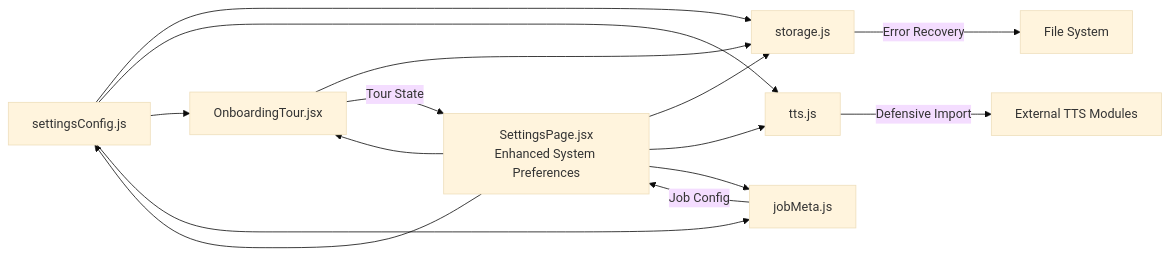
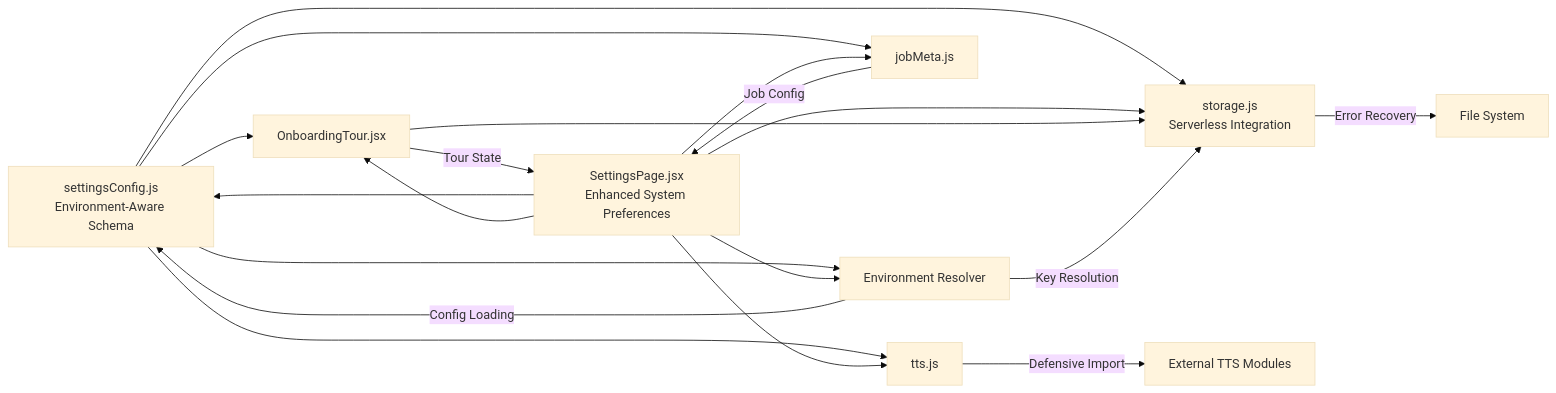
Before and after one commit to zmyeo54/briefroom: the fifth of 7 diagrams in .qoder/repowiki/en/content/Utility Libraries/Settings Configuration.md, drawn with Mermaid (base theme). The commit also changed other lines of this file and 56 other files, not shown here.

````diff
--- a/.qoder/repowiki/en/content/Utility Libraries/Settings Configuration.md
+++ b/.qoder/repowiki/en/content/Utility Libraries/Settings Configuration.md
@@ -525,17 +645,21 @@
 ```mermaid
 graph LR
-SC["settingsConfig.js"] --> ST["storage.js"]
+SC["settingsConfig.js<br/>Environment-Aware Schema"] --> ST["storage.js<br/>Serverless Integration"]
 SC --> TT["tts.js"]
 SC --> OT["OnboardingTour.jsx"]
 SC --> JM["jobMeta.js"]
+SC --> ENV["Environment Resolver"]
 SP["SettingsPage.jsx<br/>Enhanced System Preferences"] --> SC
 SP --> ST
 SP --> OT
 SP --> TT
 SP --> JM
+SP --> ENV
 OT --> ST
 OT --> |Tour State| SP
 TT --> |Defensive Import| Ext["External TTS Modules"]
 JM --> |Job Config| SP
 ST --> |Error Recovery| FS["File System"]
+ENV --> |Key Resolution| ST
+ENV --> |Config Loading| SC
 ```
````
